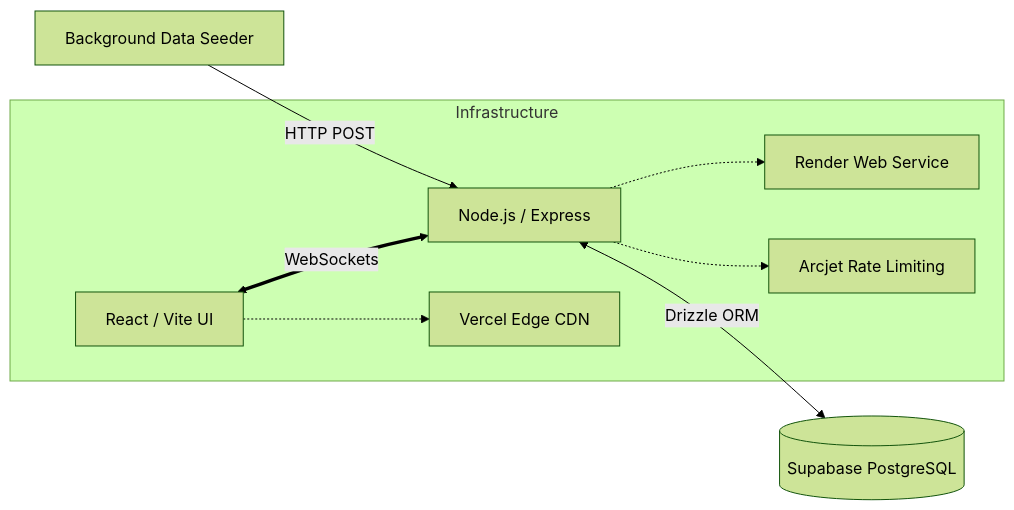
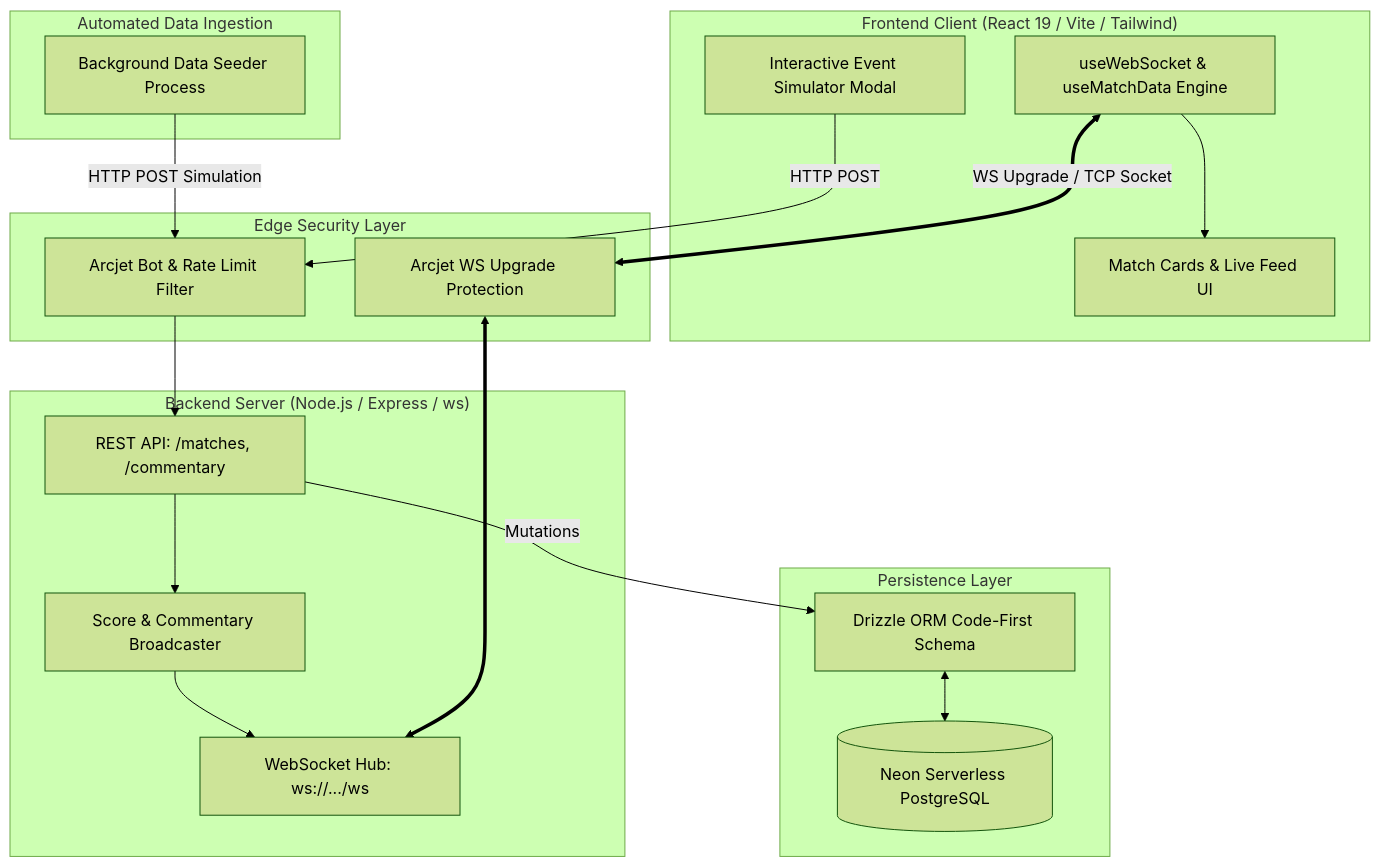
Before and after one commit to vpn-cli/sockets: the diagram in README.md, drawn with Mermaid (forest theme). The commit also changed other lines of this file, not shown here.

Commit message:
docs: update README with Neon migration, real-time architecture, and event simulator

````diff
--- a/README.md
+++ b/README.md
@@ -19,12 +31,41 @@
 ```mermaid
-graph LR;
-    Client[React / Vite UI] <==>|WebSockets| Server[Node.js / Express];
-    Worker[Background Data Seeder] -->|HTTP POST| Server;
-    Server <-->|Drizzle ORM| DB[(Supabase PostgreSQL)];
-    
-    subgraph Infrastructure
-    Client -.-> Vercel[Vercel Edge CDN];
-    Server -.-> Render[Render Web Service];
-    Server -.-> Arcjet[Arcjet Rate Limiting];
+graph TD;
+    subgraph Client["Frontend Client (React 19 / Vite / Tailwind)"]
+        UI[Match Cards & Live Feed UI]
+        Hook[useWebSocket & useMatchData Engine]
+        Sim[Interactive Event Simulator Modal]
     end
+
+    subgraph Security["Edge Security Layer"]
+        ArcjetRest[Arcjet Bot & Rate Limit Filter]
+        ArcjetWS[Arcjet WS Upgrade Protection]
+    end
+
+    subgraph Backend["Backend Server (Node.js / Express / ws)"]
+        Router[REST API: /matches, /commentary]
+        WSServer[WebSocket Hub: ws://.../ws]
+        Broadcaster[Score & Commentary Broadcaster]
+    end
+
+    subgraph Ingestion["Automated Data Ingestion"]
+        Worker[Background Data Seeder Process]
+    end
+
+    subgraph Database["Persistence Layer"]
+        Drizzle[Drizzle ORM Code-First Schema]
+        Neon[(Neon Serverless PostgreSQL)]
+    end
+
+    Sim -->|HTTP POST| ArcjetRest
+    Worker -->|HTTP POST Simulation| ArcjetRest
+    ArcjetRest --> Router
+    Router -->|Mutations| Drizzle
+    Drizzle <--> Neon
+
+    Router --> Broadcaster
+    Broadcaster --> WSServer
+
+    Hook <==>|WS Upgrade / TCP Socket| ArcjetWS
+    ArcjetWS <==> WSServer
+    Hook --> UI
 ```
````
